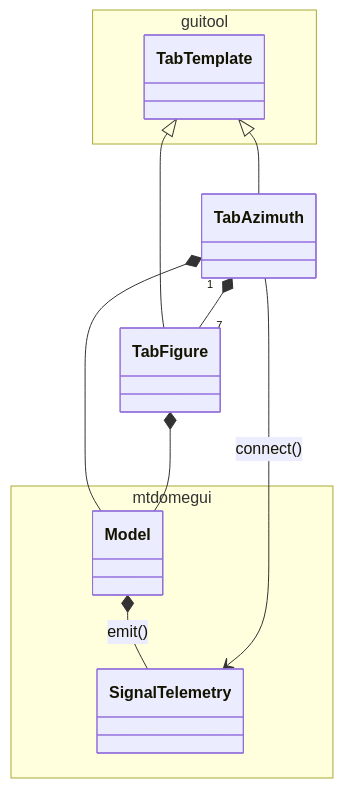
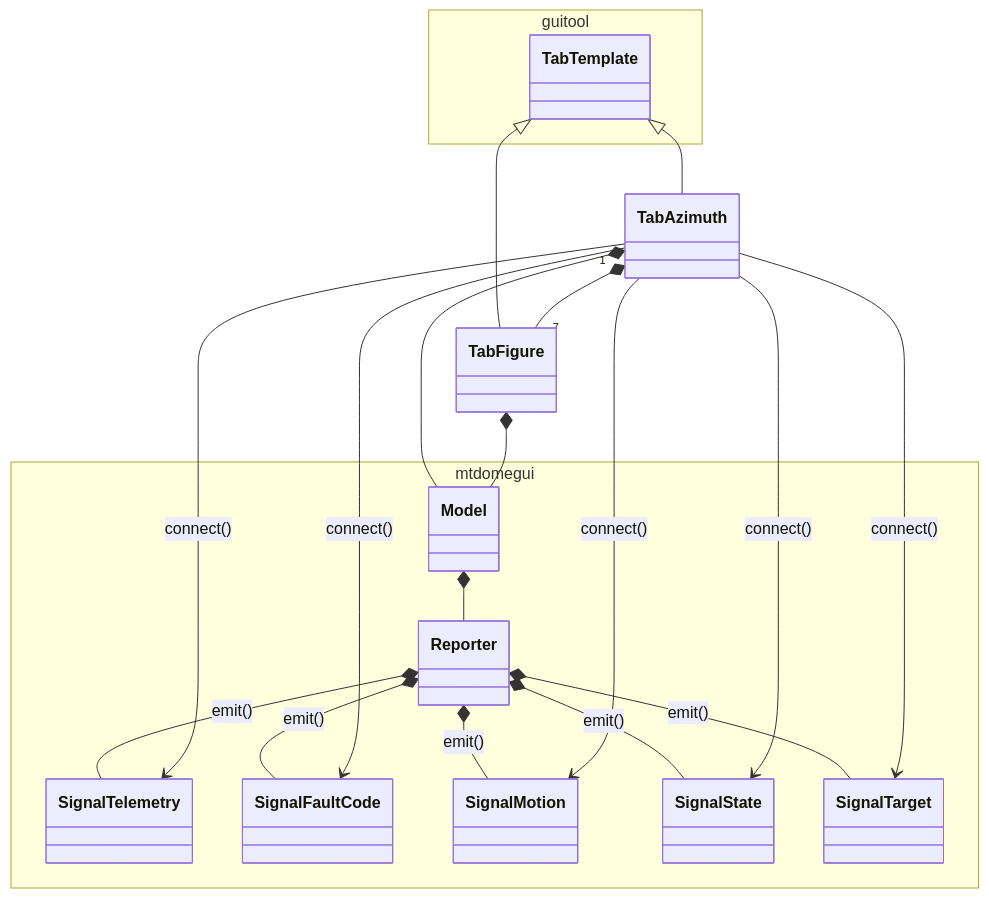
Before and after one commit to lsst-ts/ts_mtdomegui: the diagram in doc/uml/tab/class_tab_azimuth.mmd, drawn with Mermaid. The commit also changed 10 other files, not shown here.

```diff
--- a/doc/uml/tab/class_tab_azimuth.mmd
+++ b/doc/uml/tab/class_tab_azimuth.mmd
@@ -1,21 +1,36 @@
 classDiagram
 
 namespace guitool {
   class TabTemplate
 }
 
 namespace mtdomegui {
   class Model
+  class Reporter
   class SignalTelemetry
+  class SignalFaultCode
+  class SignalMotion
+  class SignalState
+  class SignalTarget
 }
 
-Model *-- SignalTelemetry : emit()
+Model *-- Reporter
+
+Reporter *-- SignalTelemetry : emit()
+Reporter *-- SignalFaultCode : emit()
+Reporter *-- SignalMotion : emit()
+Reporter *-- SignalState : emit()
+Reporter *-- SignalTarget : emit()
 
 TabTemplate <|-- TabAzimuth
 TabTemplate <|-- TabFigure
 
 TabAzimuth *-- Model
 TabAzimuth "1" *-- "7" TabFigure
 TabAzimuth --> SignalTelemetry : connect()
+TabAzimuth --> SignalFaultCode : connect()
+TabAzimuth --> SignalMotion : connect()
+TabAzimuth --> SignalState : connect()
+TabAzimuth --> SignalTarget : connect()
 
 TabFigure *-- Model
```
